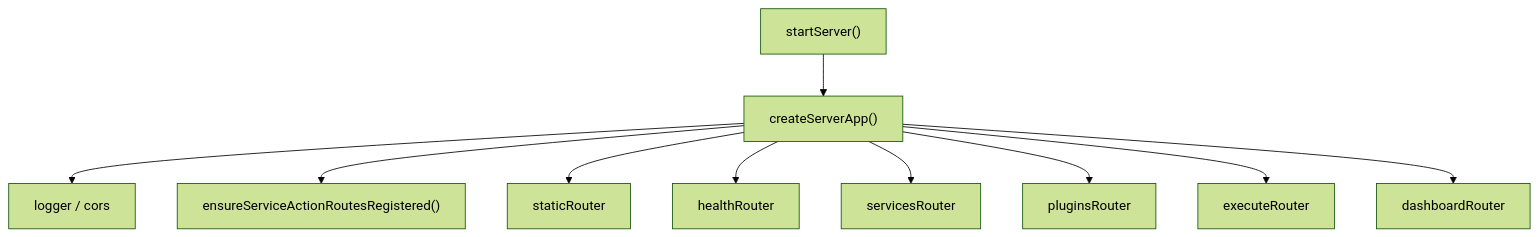
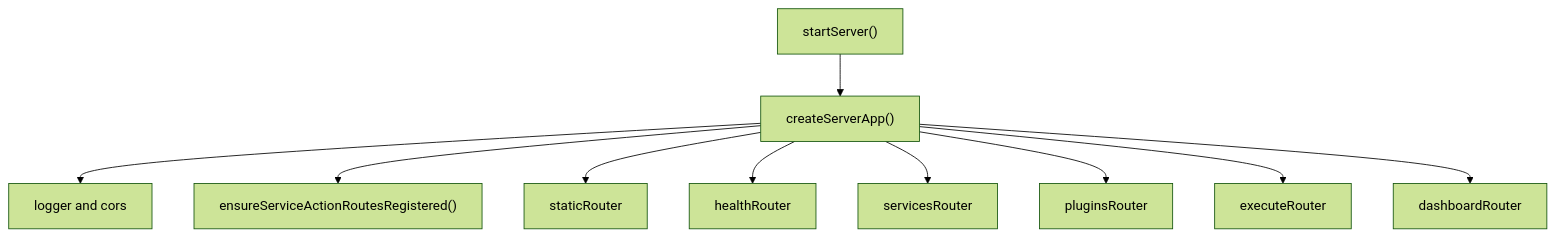
Before and after one commit to wangenius/downcity: the fourth of 7 diagrams in devdocs/startup-and-api-flow.md, drawn with Mermaid (forest theme). The commit also changed other lines of this file and 96 other files, not shown here.

````diff
--- a/devdocs/startup-and-api-flow.md
+++ b/devdocs/startup-and-api-flow.md
@@ -174,12 +156,12 @@
 ```mermaid
 flowchart TD
   A["startServer()"] --> B["createServerApp()"]
-  B --> C["logger / cors"]
+  B --> C["logger and cors"]
   B --> D["ensureServiceActionRoutesRegistered()"]
   B --> E["staticRouter"]
   B --> F["healthRouter"]
   B --> G["servicesRouter"]
   B --> H["pluginsRouter"]
   B --> I["executeRouter"]
   B --> J["dashboardRouter"]
 ```
````
